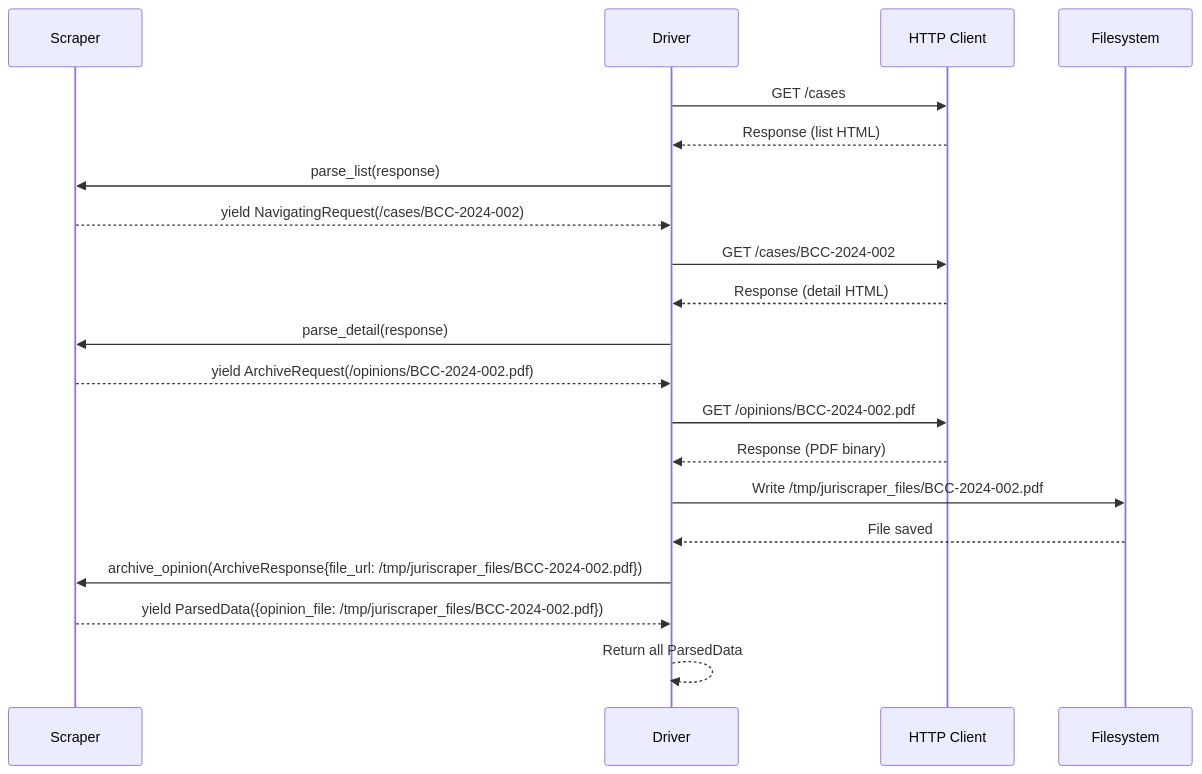
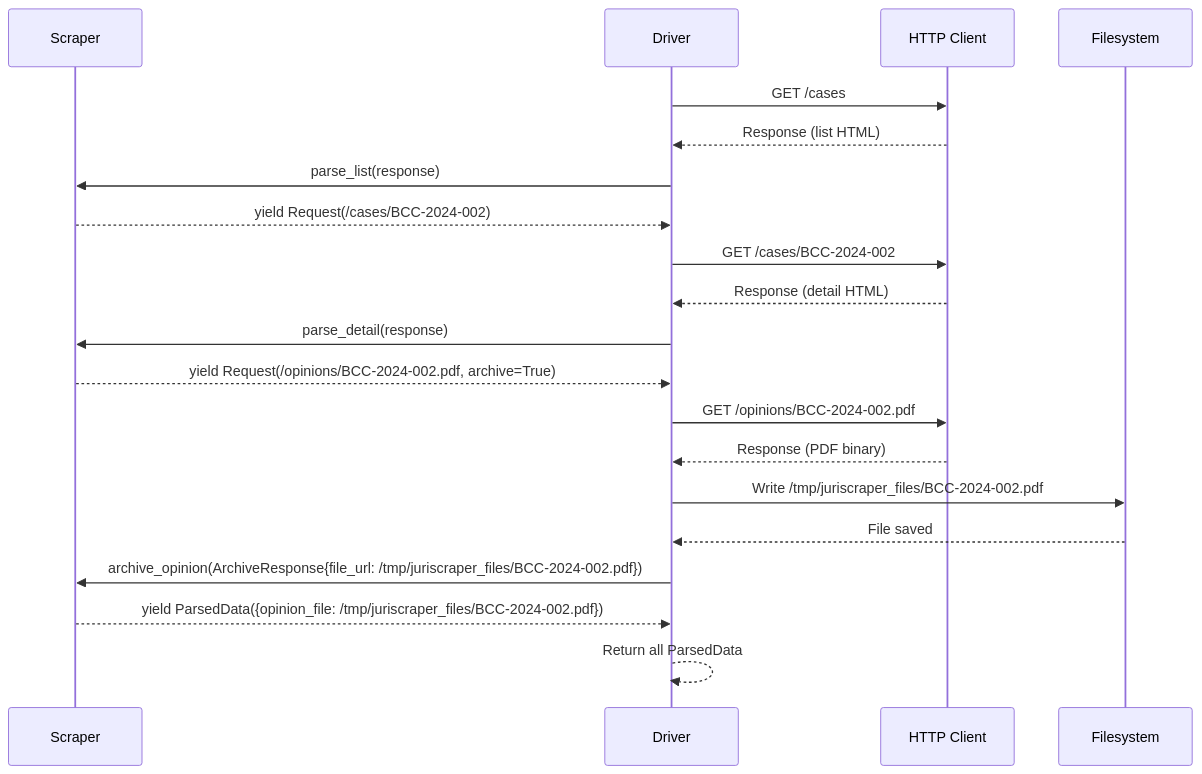
The diagram in docs/source/scraper_driver/design/04_archive_request.rst (Brennan-Chesley-FLP/kent), drawn with Mermaid before and after one commit. The commit also changed other lines of this file and 70 other files, not shown here.

```diff
--- a/docs/source/scraper_driver/design/04_archive_request.rst
+++ b/docs/source/scraper_driver/design/04_archive_request.rst
@@ -316,26 +327,26 @@
 .. mermaid::
 
     sequenceDiagram
         participant S as Scraper
         participant D as Driver
         participant H as HTTP Client
         participant F as Filesystem
 
         D->>H: GET /cases
         H-->>D: Response (list HTML)
         D->>S: parse_list(response)
-        S-->>D: yield NavigatingRequest(/cases/BCC-2024-002)
+        S-->>D: yield Request(/cases/BCC-2024-002)
 
         D->>H: GET /cases/BCC-2024-002
         H-->>D: Response (detail HTML)
         D->>S: parse_detail(response)
-        S-->>D: yield ArchiveRequest(/opinions/BCC-2024-002.pdf)
+        S-->>D: yield Request(/opinions/BCC-2024-002.pdf, archive=True)
 
         D->>H: GET /opinions/BCC-2024-002.pdf
         H-->>D: Response (PDF binary)
         D->>F: Write /tmp/juriscraper_files/BCC-2024-002.pdf
         F-->>D: File saved
         D->>S: archive_opinion(ArchiveResponse{file_url: /tmp/juriscraper_files/BCC-2024-002.pdf})
         S-->>D: yield ParsedData({opinion_file: /tmp/juriscraper_files/BCC-2024-002.pdf})
 
         D-->>D: Return all ParsedData
```
